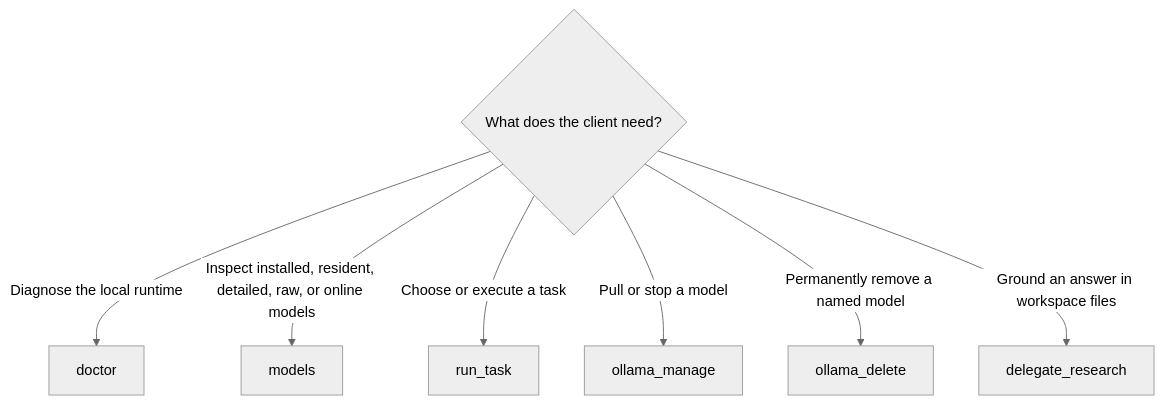
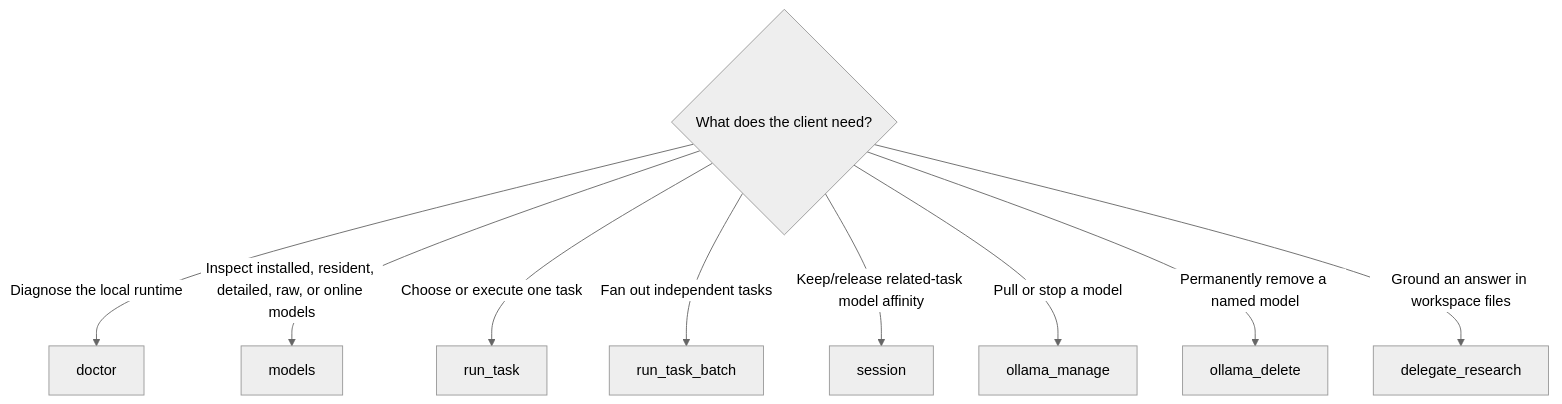
Before and after one commit to bgauryy/FreeLlama: the first of 2 diagrams in packages/mcp/README.md, drawn with Mermaid (neutral theme). The commit also changed other lines of this file and 77 other files, not shown here.

````diff
--- a/packages/mcp/README.md
+++ b/packages/mcp/README.md
@@ -20,10 +24,12 @@
 ```mermaid
 flowchart TD
     Q{"What does the client need?"}
     Q -->|"Diagnose the local runtime"| D["doctor"]
     Q -->|"Inspect installed, resident, detailed, raw, or online models"| M["models"]
-    Q -->|"Choose or execute a task"| R["run_task"]
+    Q -->|"Choose or execute one task"| R["run_task"]
+    Q -->|"Fan out independent tasks"| B["run_task_batch"]
+    Q -->|"Keep/release related-task model affinity"| S["session"]
     Q -->|"Pull or stop a model"| O["ollama_manage"]
     Q -->|"Permanently remove a named model"| X["ollama_delete"]
     Q -->|"Ground an answer in workspace files"| G["delegate_research"]
 ```
````
